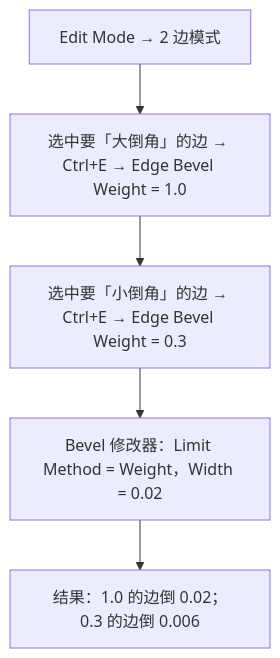
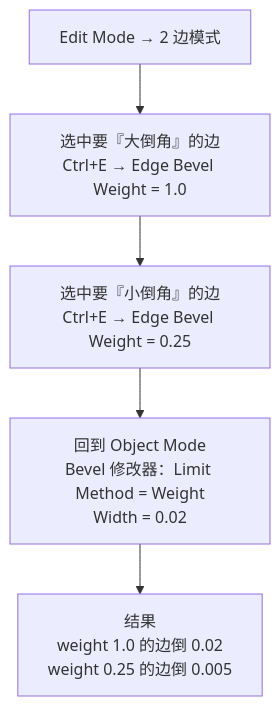
One commit to liuchamp/blenderdsv1 changed diagram 18 of 44 in Blender笔记/00-基础/06-倒角-Bevel.md. Above: the diagram before and after it, drawn with Mermaid. The commit also changed other lines of this file and 16 other files, not shown here.

````diff
--- a/Blender笔记/00-基础/06-倒角-Bevel.md
+++ b/Blender笔记/00-基础/06-倒角-Bevel.md
@@ -282,9 +396,9 @@
 ```mermaid
 flowchart TD
     S1["Edit Mode → 2 边模式"]
-    S2["选中要「大倒角」的边 → Ctrl+E → Edge Bevel Weight = 1.0"]
-    S3["选中要「小倒角」的边 → Ctrl+E → Edge Bevel Weight = 0.3"]
-    S4["Bevel 修改器：Limit Method = Weight，Width = 0.02"]
-    S5["结果：1.0 的边倒 0.02；0.3 的边倒 0.006"]
+    S2["选中要『大倒角』的边<br/>Ctrl+E → Edge Bevel Weight = 1.0"]
+    S3["选中要『小倒角』的边<br/>Ctrl+E → Edge Bevel Weight = 0.25"]
+    S4["回到 Object Mode<br/>Bevel 修改器：Limit Method = Weight<br/>Width = 0.02"]
+    S5["结果<br/>weight 1.0 的边倒 0.02<br/>weight 0.25 的边倒 0.005"]
     S1 --> S2 --> S3 --> S4 --> S5
 ```
````
